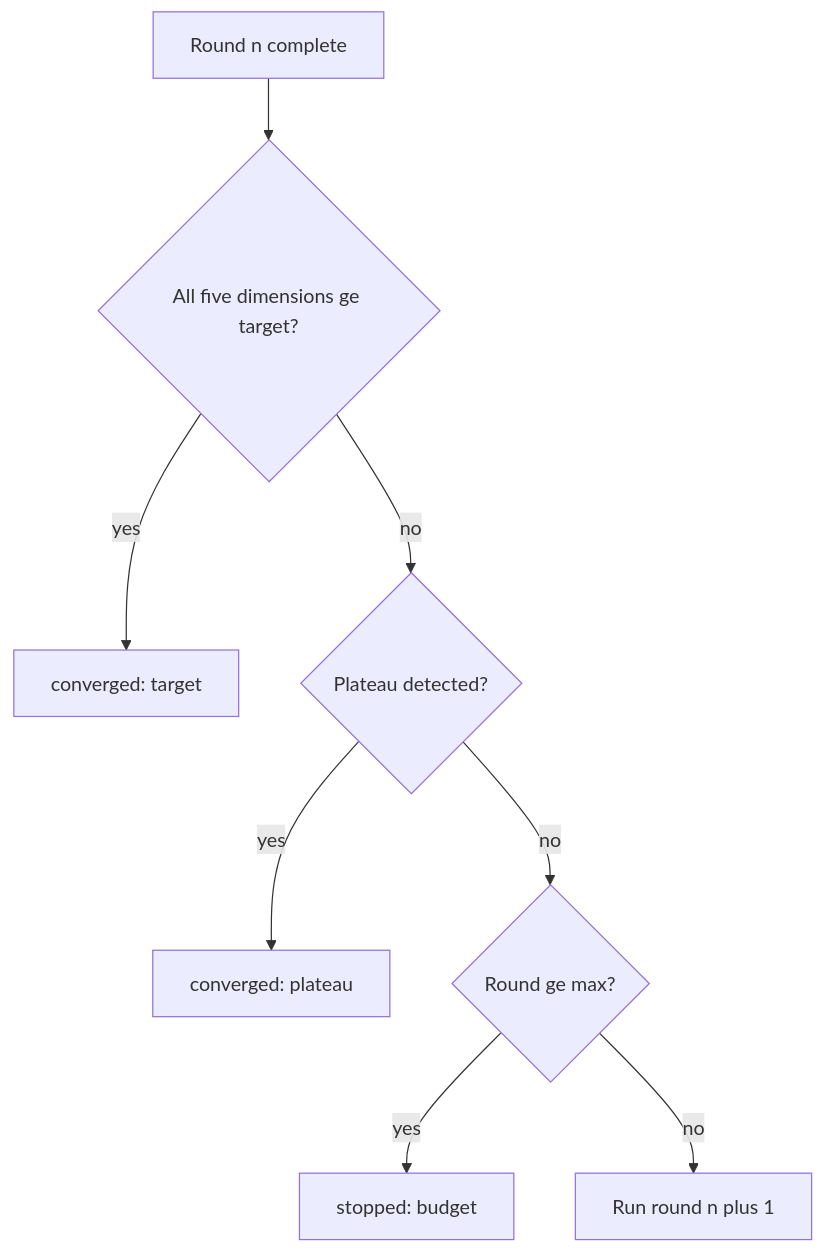
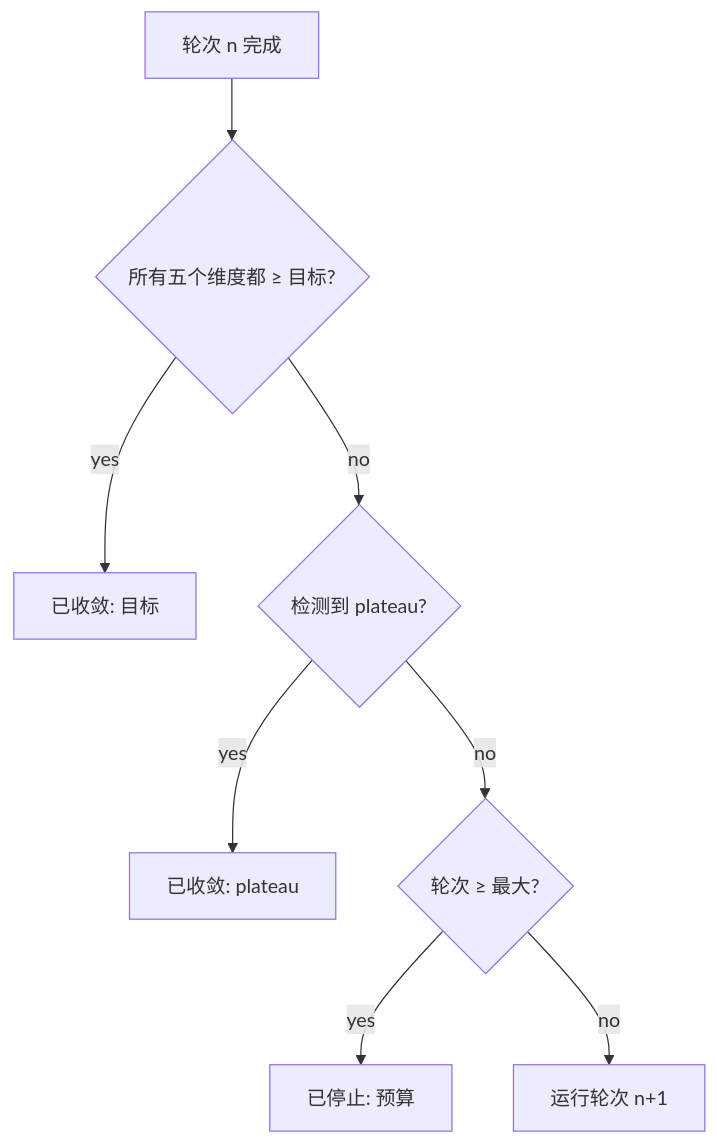
Before and after one commit to guangningsun/ailearning: the third of 4 diagrams in lessons/19-capstone-projects/55-critic-loop/docs/zh.md, drawn with Mermaid. The commit also changed other lines of this file and 85 other files, not shown here.

````diff
--- a/lessons/19-capstone-projects/55-critic-loop/docs/zh.md
+++ b/lessons/19-capstone-projects/55-critic-loop/docs/zh.md
@@ -55,10 +55,10 @@
 ```mermaid
 flowchart TB
-    Start[Round n complete] --> A{All five dimensions ge target?}
-    A -- yes --> Stop1[converged: target]
-    A -- no --> B{Plateau detected?}
-    B -- yes --> Stop2[converged: plateau]
-    B -- no --> C{Round ge max?}
-    C -- yes --> Stop3[stopped: budget]
-    C -- no --> Next[Run round n plus 1]
+    Start[轮次 n 完成] --> A{所有五个维度都 ≥ 目标?}
+    A -- yes --> Stop1[已收敛: 目标]
+    A -- no --> B{检测到 plateau?}
+    B -- yes --> Stop2[已收敛: plateau]
+    B -- no --> C{轮次 ≥ 最大?}
+    C -- yes --> Stop3[已停止: 预算]
+    C -- no --> Next[运行轮次 n+1]
 ```
````
